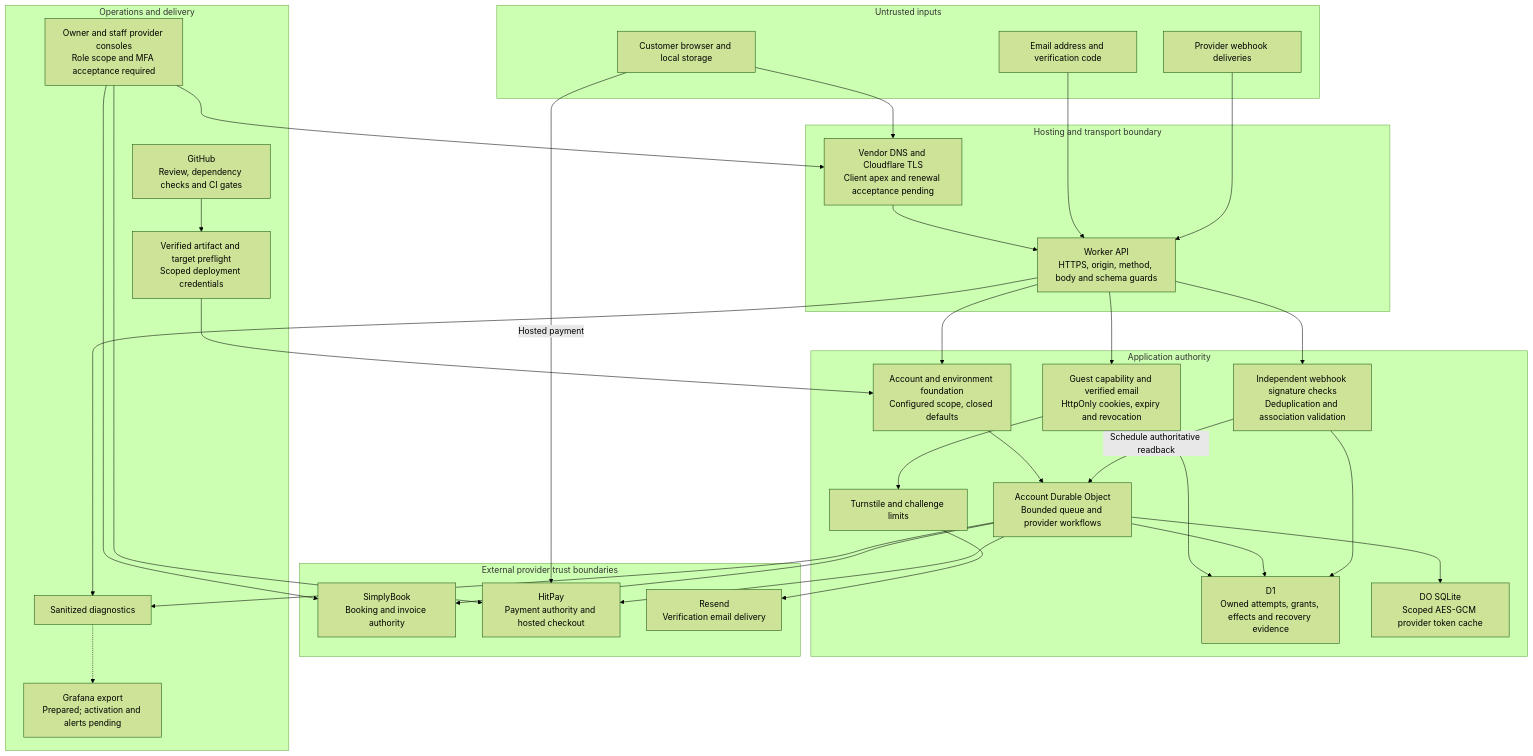
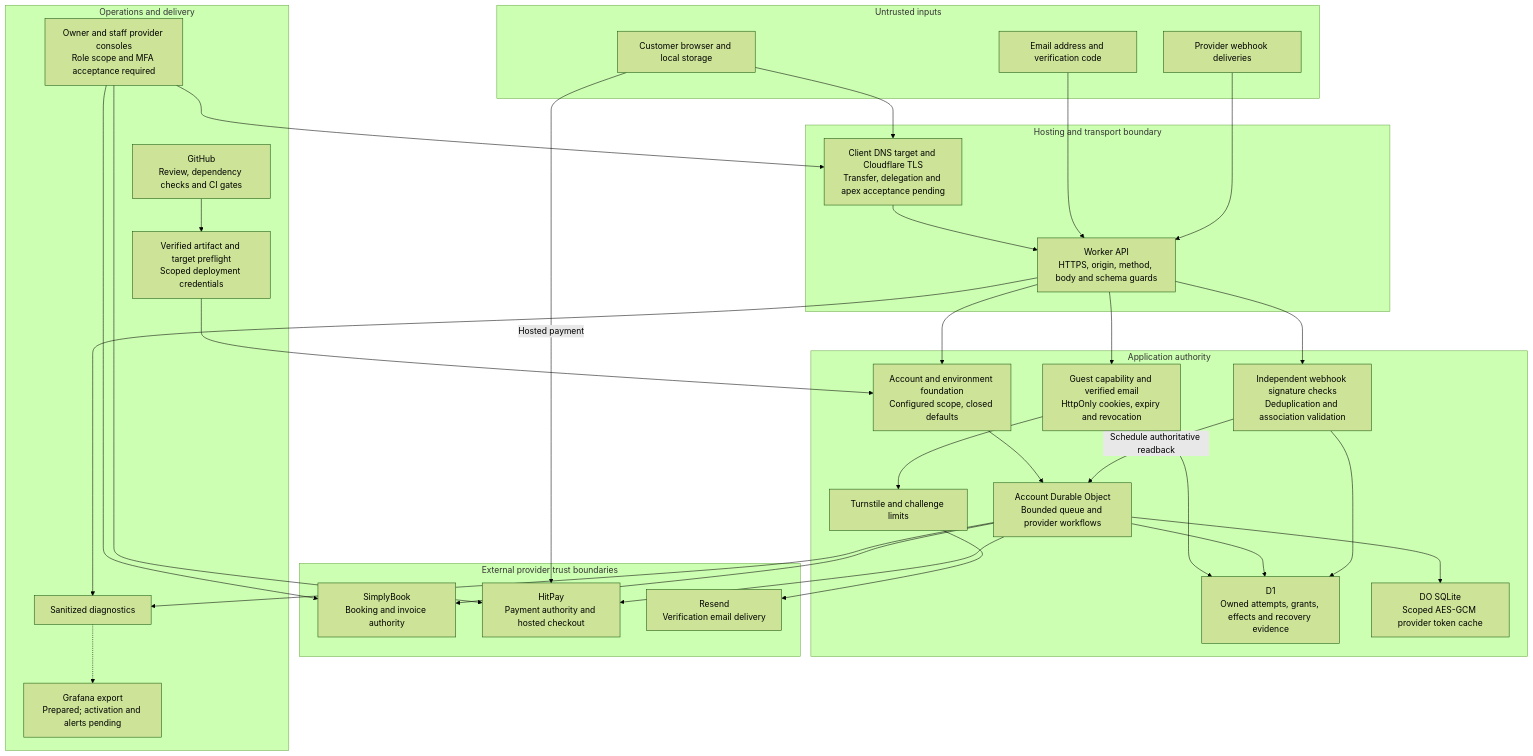
One commit to soccerbotstudiosg/soccerbotstudioSG changed the diagram in docs/security.md. Above: the diagram before and after it, drawn with Mermaid (forest theme). The commit also changed other lines of this file and 16 other files, not shown here.

````diff
--- a/docs/security.md
+++ b/docs/security.md
@@ -5,54 +5,54 @@
 ```mermaid
 flowchart TB
   subgraph U[Untrusted inputs]
     B[Customer browser and local storage]
     E[Email address and verification code]
     W[Provider webhook deliveries]
   end
   subgraph H[Hosting and transport boundary]
-    DNS[Vendor DNS and Cloudflare TLS<br/>Client apex and renewal acceptance pending]
+    DNS[Client DNS target and Cloudflare TLS<br/>Transfer, delegation and apex acceptance pending]
     API[Worker API<br/>HTTPS, origin, method, body and schema guards]
   end
   subgraph A[Application authority]
     ID[Guest capability and verified email<br/>HttpOnly cookies, expiry and revocation]
     BOT[Turnstile and challenge limits]
     F[Account and environment foundation<br/>Configured scope, closed defaults]
     DO[Account Durable Object<br/>Bounded queue and provider workflows]
     DB[D1<br/>Owned attempts, grants, effects and recovery evidence]
     TOK[DO SQLite<br/>Scoped AES-GCM provider token cache]
     SIG[Independent webhook signature checks<br/>Deduplication and association validation]
   end
   subgraph P[External provider trust boundaries]
     SB[SimplyBook<br/>Booking and invoice authority]
     HP[HitPay<br/>Payment authority and hosted checkout]
     RS[Resend<br/>Verification email delivery]
   end
   subgraph O[Operations and delivery]
     GH[GitHub<br/>Review, dependency checks and CI gates]
     REL[Verified artifact and target preflight<br/>Scoped deployment credentials]
     LOG[Sanitized diagnostics]
     G[Grafana export<br/>Prepared; activation and alerts pending]
     STAFF[Owner and staff provider consoles<br/>Role scope and MFA acceptance required]
   end
   B --> DNS --> API
   E --> API
   API --> ID
   ID --> BOT
   BOT --> RS
   API --> F --> DO
   ID --> DB
   DO --> DB
   DO --> TOK
   DO --> SB
   DO --> HP
   B -->|Hosted payment| HP
   W --> API --> SIG --> DB
   SIG -->|Schedule authoritative readback| DO
   API --> LOG
   DO --> LOG
   LOG -.-> G
   GH --> REL --> F
   STAFF --> SB
   STAFF --> HP
   STAFF --> DNS
 ```
````
